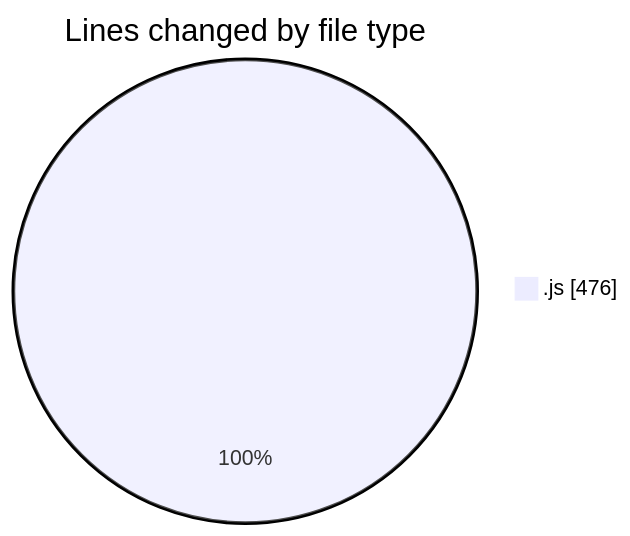
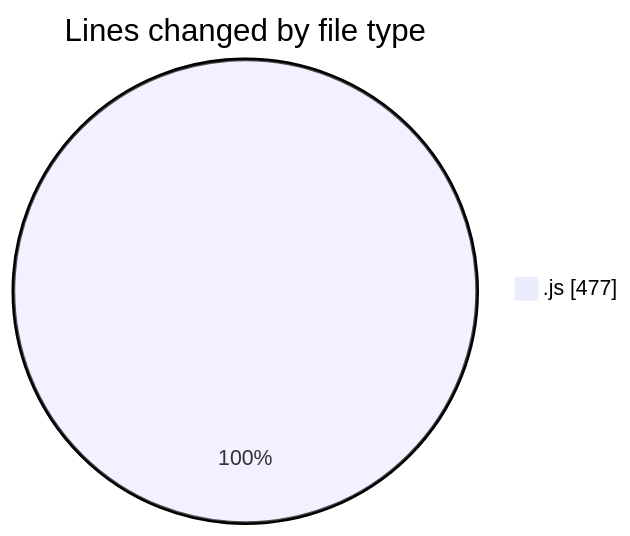
The first of 2 diagrams in 2025-02-03/cda/README.md (momahboobian/code-tracking), drawn with Mermaid before and after one commit. The commit also changed other lines of this file and 1 other file, not shown here.

````diff
--- a/2025-02-03/cda/README.md
+++ b/2025-02-03/cda/README.md
@@ -23,5 +23,5 @@
 ```mermaid
 pie showData
 title Lines changed by file type
-".js" : 476
+".js" : 477
 ```
````
